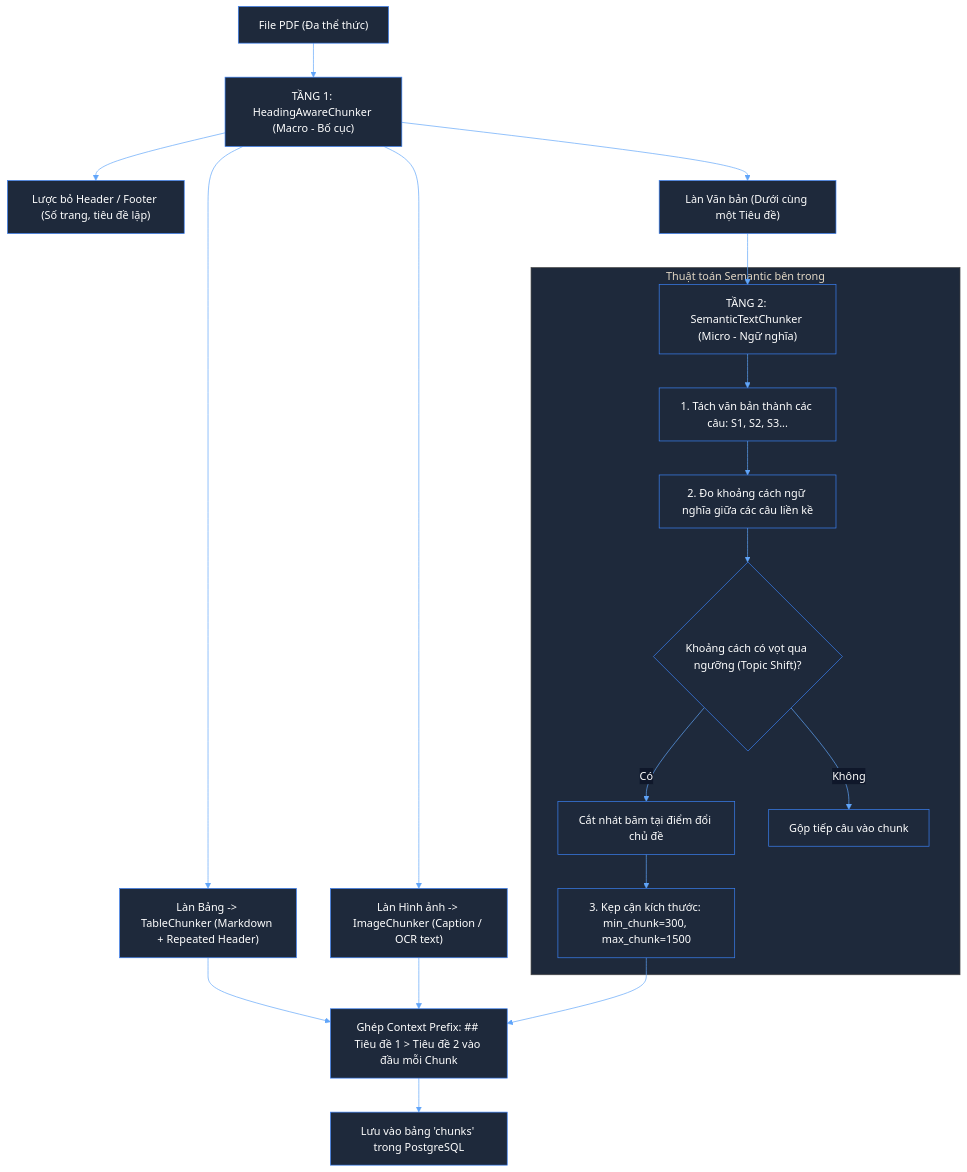
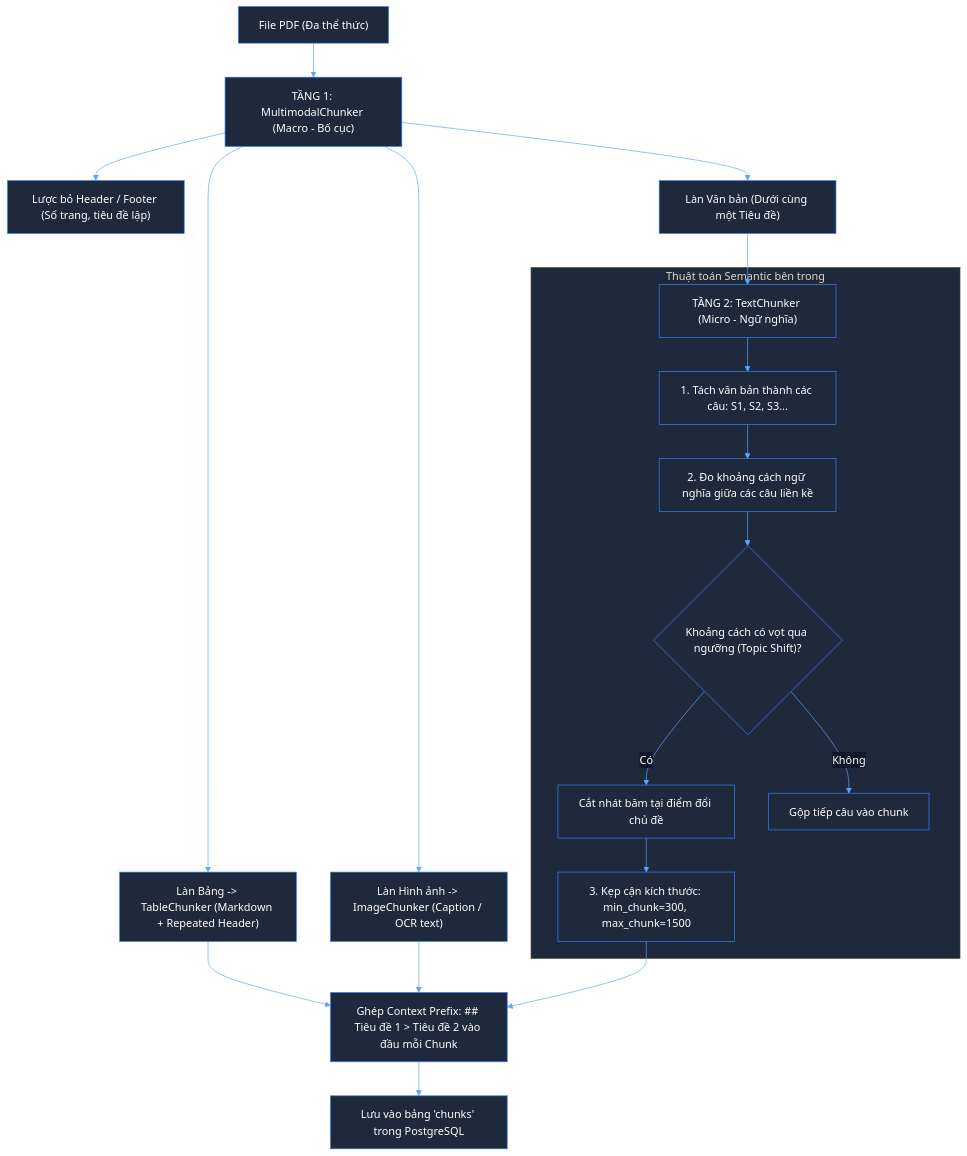
One commit to NDQuynh259/ragflow-api changed the second of 2 diagrams in docs/chunking_architecture.md. Above: the diagram before and after it, drawn with Mermaid. The commit also changed other lines of this file and 17 other files, not shown here.

First line of the commit message:
Refactor chunking architecture: Rename HeadingAwareChunker to MultimodalChunker

````diff
--- a/docs/chunking_architecture.md
+++ b/docs/chunking_architecture.md
@@ -82,39 +82,39 @@
 ```mermaid
 %%{init: {
   'theme': 'base',
   'themeVariables': {
     'darkMode': true,
     'textColor': '#ffffff',
     'primaryColor': '#1e293b',
     'primaryTextColor': '#ffffff',
     'primaryBorderColor': '#3b82f6',
     'lineColor': '#60a5fa',
     'secondaryColor': '#0f172a',
     'tertiaryColor': '#1e293b',
     'edgeLabelBackground': '#0f172a'
   }
 }}%%
 flowchart TD
-    A["File PDF (Đa thể thức)"] --> B["TẦNG 1: HeadingAwareChunker (Macro - Bố cục)"]
+    A["File PDF (Đa thể thức)"] --> B["TẦNG 1: MultimodalChunker (Macro - Bố cục)"]
     
     B --> C["Làn Bảng -> TableChunker (Markdown + Repeated Header)"]
     B --> D["Làn Hình ảnh -> ImageChunker (Caption / OCR text)"]
     B --> E["Lược bỏ Header / Footer (Số trang, tiêu đề lặp)"]
     
     B --> F["Làn Văn bản (Dưới cùng một Tiêu đề)"]
-    F --> G["TẦNG 2: SemanticTextChunker (Micro - Ngữ nghĩa)"]
+    F --> G["TẦNG 2: TextChunker (Micro - Ngữ nghĩa)"]
     
     subgraph Thuật toán Semantic bên trong
         G --> H["1. Tách văn bản thành các câu: S1, S2, S3..."]
         H --> I["2. Đo khoảng cách ngữ nghĩa giữa các câu liền kề"]
         I --> J{"Khoảng cách có vọt qua ngưỡng (Topic Shift)?"}
         J -->|"Có"| K["Cắt nhát băm tại điểm đổi chủ đề"]
         J -->|"Không"| L["Gộp tiếp câu vào chunk"]
         K --> M["3. Kẹp cận kích thước: min_chunk=300, max_chunk=1500"]
     end
 
     C --> N["Ghép Context Prefix: ## Tiêu đề 1 > Tiêu đề 2 vào đầu mỗi Chunk"]
     D --> N
     M --> N
     N --> O["Lưu vào bảng 'chunks' trong PostgreSQL"]
 ```
````
